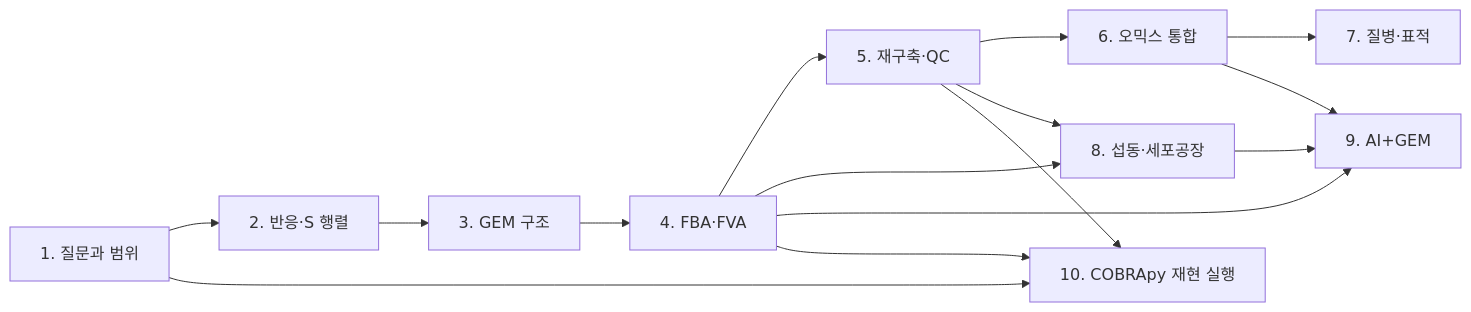
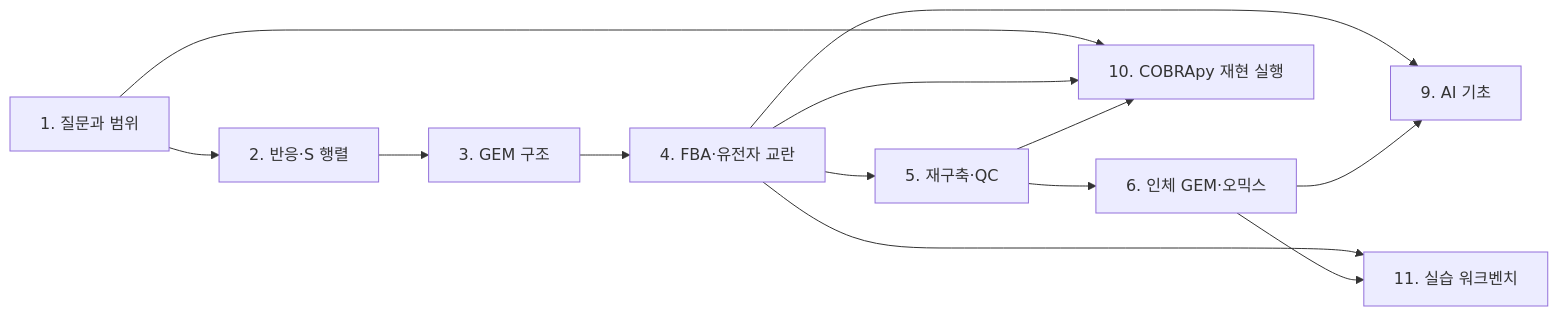
The diagram in docs/learning-pathway.md (jyryu3161/ebook_metabolic_modeling), drawn with Mermaid before and after one commit. The commit also changed other lines of this file and 370 other files, not shown here.

````diff
--- a/docs/learning-pathway.md
+++ b/docs/learning-pathway.md
@@ -5,17 +5,15 @@
 ```mermaid
 flowchart LR
   C1[1. 질문과 범위] --> C2[2. 반응·S 행렬]
   C2 --> C3[3. GEM 구조]
-  C3 --> C4[4. FBA·FVA]
+  C3 --> C4[4. FBA·유전자 교란]
   C4 --> C5[5. 재구축·QC]
-  C5 --> C6[6. 오믹스 통합]
-  C6 --> C7[7. 질병·표적]
-  C4 --> C8[8. 섭동·세포공장]
-  C5 --> C8
-  C4 --> C9[9. AI+GEM]
+  C5 --> C6[6. 인체 GEM·오믹스]
+  C4 --> C9[9. AI 기초]
   C6 --> C9
-  C8 --> C9
   C1 --> C10[10. COBRApy 재현 실행]
   C4 --> C10
   C5 --> C10
+  C4 --> C11[11. 실습 워크벤치]
+  C6 --> C11
 ```
````
